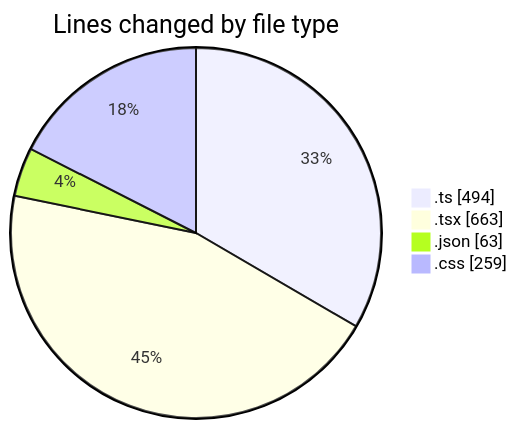
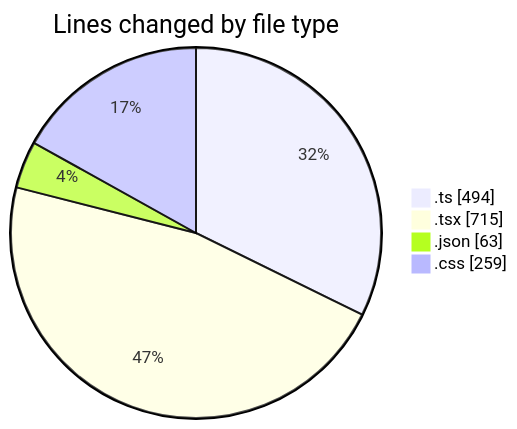
One commit to julien-gomy/code-tracking changed the first of 2 diagrams in 2025-11-24/eventscop-frontend-guide__workspace_/README.md. Above: the diagram before and after it, drawn with Mermaid. The commit also changed other lines of this file and 1 other file, not shown here.

````diff
--- a/2025-11-24/eventscop-frontend-guide__workspace_/README.md
+++ b/2025-11-24/eventscop-frontend-guide__workspace_/README.md
@@ -39,8 +40,8 @@
 ```mermaid
 pie showData
 title Lines changed by file type
 ".ts" : 494
-".tsx" : 663
+".tsx" : 715
 ".json" : 63
 ".css" : 259
 ```
````
